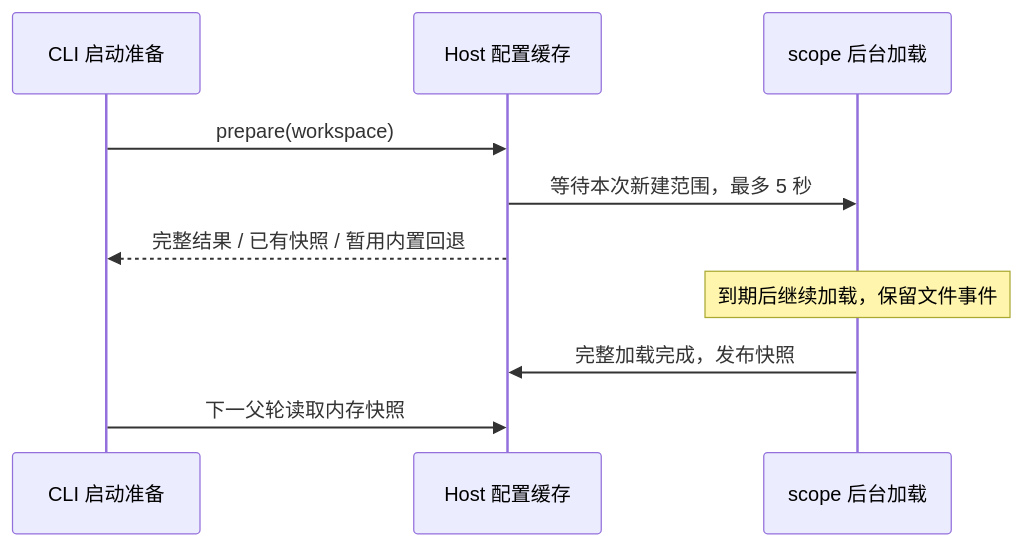
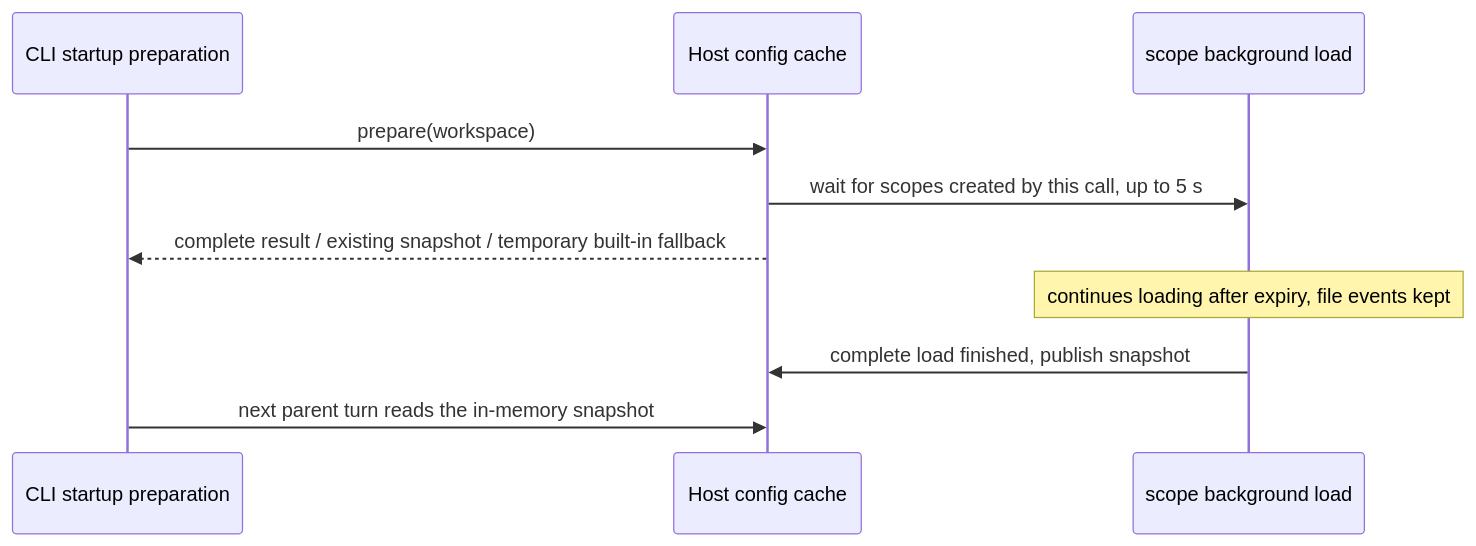
One commit to osben/ZCode changed the second of 2 diagrams in docs/subagent-runtime-refresh.md. Above: the diagram before and after it, drawn with Mermaid. The commit also changed other lines of this file and 31 other files, not shown here.

````diff
--- a/docs/subagent-runtime-refresh.md
+++ b/docs/subagent-runtime-refresh.md
@@ -52,12 +63,12 @@
 ```mermaid
 sequenceDiagram
-    participant P as CLI 启动准备
-    participant C as Host 配置缓存
-    participant L as scope 后台加载
+    participant P as CLI startup preparation
+    participant C as Host config cache
+    participant L as scope background load
     P->>C: prepare(workspace)
-    C->>L: 等待本次新建范围，最多 5 秒
-    C-->>P: 完整结果 / 已有快照 / 暂用内置回退
-    Note over L: 到期后继续加载，保留文件事件
-    L->>C: 完整加载完成，发布快照
-    P->>C: 下一父轮读取内存快照
+    C->>L: wait for scopes created by this call, up to 5 s
+    C-->>P: complete result / existing snapshot / temporary built-in fallback
+    Note over L: continues loading after expiry, file events kept
+    L->>C: complete load finished, publish snapshot
+    P->>C: next parent turn reads the in-memory snapshot
 ```
````
